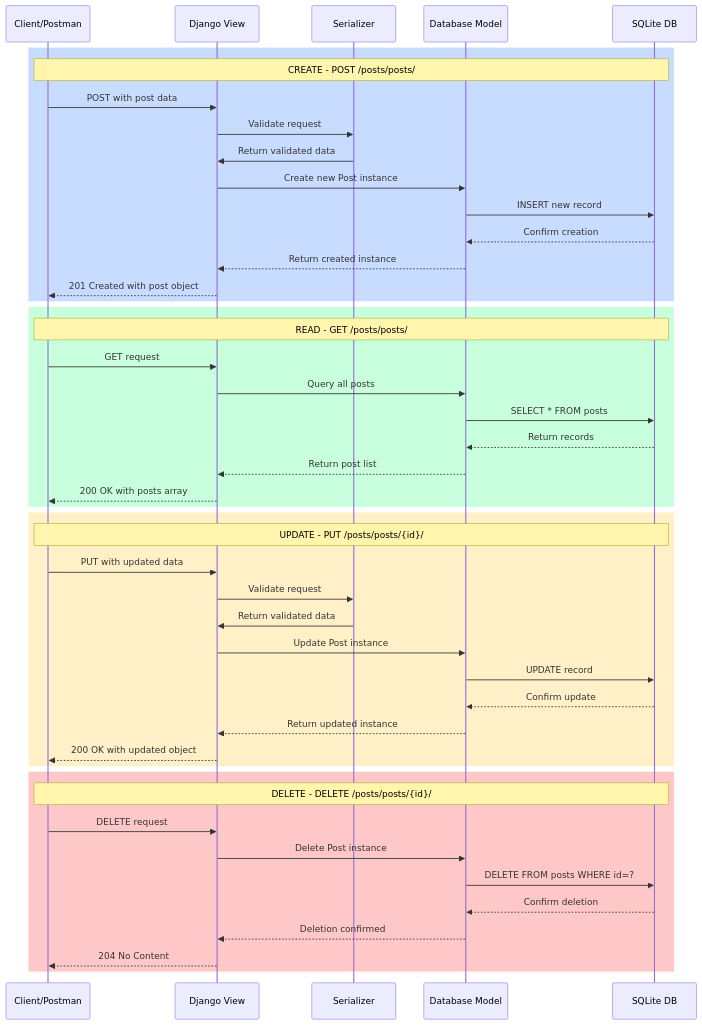
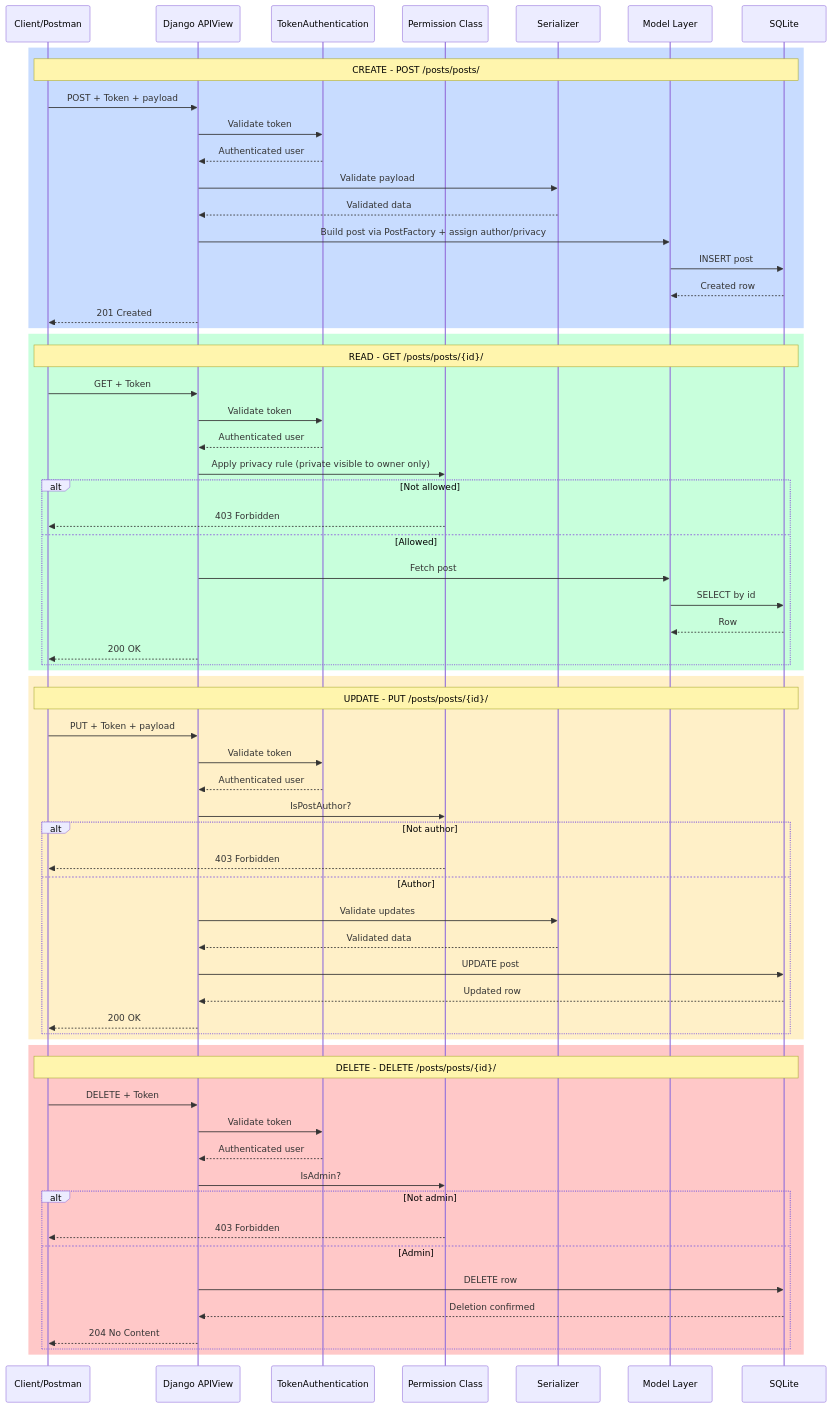
One commit to ShakiraCasusi/Connectly changed the second of 5 diagrams in README.md. Above: the diagram before and after it, drawn with Mermaid. The commit also changed other lines of this file, not shown here.

````diff
--- a/README.md
+++ b/README.md
@@ -116,52 +159,71 @@
 ```mermaid
 sequenceDiagram
     participant Client as Client/Postman
-    participant View as Django View
+    participant View as Django APIView
+    participant Auth as TokenAuthentication
+    participant Perm as Permission Class
     participant Serializer as Serializer
-    participant Model as Database Model
-    participant DB as SQLite DB
+    participant Model as Model Layer
+    participant DB as SQLite
 
     rect rgb(200, 220, 255)
     Note over Client,DB: CREATE - POST /posts/posts/
-    Client->>View: POST with post data
-    View->>Serializer: Validate request
-    Serializer->>View: Return validated data
-    View->>Model: Create new Post instance
-    Model->>DB: INSERT new record
-    DB-->>Model: Confirm creation
-    Model-->>View: Return created instance
-    View-->>Client: 201 Created with post object
+    Client->>View: POST + Token + payload
+    View->>Auth: Validate token
+    Auth-->>View: Authenticated user
+    View->>Serializer: Validate payload
+    Serializer-->>View: Validated data
+    View->>Model: Build post via PostFactory + assign author/privacy
+    Model->>DB: INSERT post
+    DB-->>Model: Created row
+    View-->>Client: 201 Created
     end
 
     rect rgb(200, 255, 220)
-    Note over Client,DB: READ - GET /posts/posts/
-    Client->>View: GET request
-    View->>Model: Query all posts
-    Model->>DB: SELECT * FROM posts
-    DB-->>Model: Return records
-    Model-->>View: Return post list
-    View-->>Client: 200 OK with posts array
+    Note over Client,DB: READ - GET /posts/posts/{id}/
+    Client->>View: GET + Token
+    View->>Auth: Validate token
+    Auth-->>View: Authenticated user
+    View->>Perm: Apply privacy rule (private visible to owner only)
+    alt Not allowed
+        Perm-->>Client: 403 Forbidden
+    else Allowed
+        View->>Model: Fetch post
+        Model->>DB: SELECT by id
+        DB-->>Model: Row
+        View-->>Client: 200 OK
+    end
     end
 
     rect rgb(255, 240, 200)
     Note over Client,DB: UPDATE - PUT /posts/posts/{id}/
-    Client->>View: PUT with updated data
-    View->>Serializer: Validate request
-    Serializer->>View: Return validated data
-    View->>Model: Update Post instance
-    Model->>DB: UPDATE record
-    DB-->>Model: Confirm update
-    Model-->>View: Return updated instance
-    View-->>Client: 200 OK with updated object
+    Client->>View: PUT + Token + payload
+    View->>Auth: Validate token
+    Auth-->>View: Authenticated user
+    View->>Perm: IsPostAuthor?
+    alt Not author
+        Perm-->>Client: 403 Forbidden
+    else Author
+        View->>Serializer: Validate updates
+        Serializer-->>View: Validated data
+        View->>DB: UPDATE post
+        DB-->>View: Updated row
+        View-->>Client: 200 OK
+    end
     end
 
     rect rgb(255, 200, 200)
     Note over Client,DB: DELETE - DELETE /posts/posts/{id}/
-    Client->>View: DELETE request
-    View->>Model: Delete Post instance
-    Model->>DB: DELETE FROM posts WHERE id=?
-    DB-->>Model: Confirm deletion
-    Model-->>View: Deletion confirmed
-    View-->>Client: 204 No Content
+    Client->>View: DELETE + Token
+    View->>Auth: Validate token
+    Auth-->>View: Authenticated user
+    View->>Perm: IsAdmin?
+    alt Not admin
+        Perm-->>Client: 403 Forbidden
+    else Admin
+        View->>DB: DELETE row
+        DB-->>View: Deletion confirmed
+        View-->>Client: 204 No Content
+    end
     end
 ```
````
